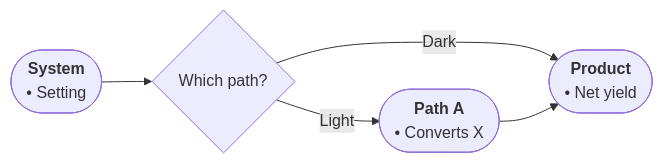
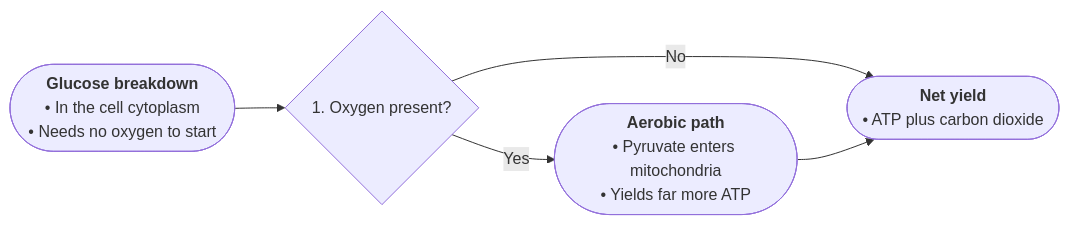
Before and after one commit to drsku6/flowcheck: the diagram in cards/profiles/mechanism.md, drawn with Mermaid. The commit also changed other lines of this file and 31 other files, not shown here.

````diff
--- a/cards/profiles/mechanism.md
+++ b/cards/profiles/mechanism.md
@@ -10,11 +12,11 @@
 ```mermaid
 flowchart LR
-n1(["<b>System</b><br/>• Setting"]):::startNode
-n2{"Which path?"}:::decisionNode
-n3(["<b>Path A</b><br/>• Converts X"]):::altDx
-n4(["<b>Product</b><br/>• Net yield"]):::dispoNode
+n1(["<b>Glucose breakdown</b><br/>• In the cell cytoplasm<br/>• Needs no oxygen to start"]):::startNode
+n2{"1. Oxygen present?"}:::decisionNode
+n3(["<b>Aerobic path</b><br/>• Pyruvate enters mitochondria<br/>• Yields far more ATP"]):::altDx
+n4(["<b>Net yield</b><br/>• ATP plus carbon dioxide"]):::dispoNode
 n1 --> n2
-n2 -->|"Light"| n3
-n2 -->|"Dark"| n4
+n2 -->|"Yes"| n3
+n2 -->|"No"| n4
 n3 --> n4
 ```
````
